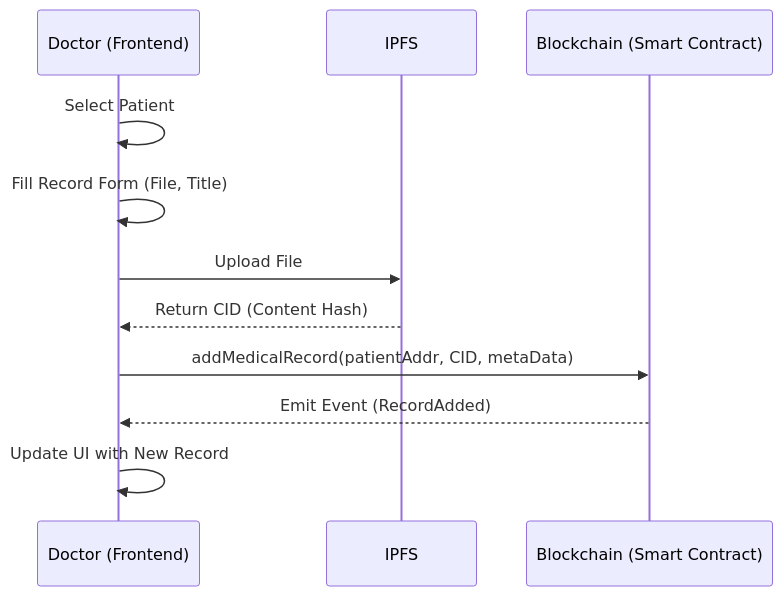
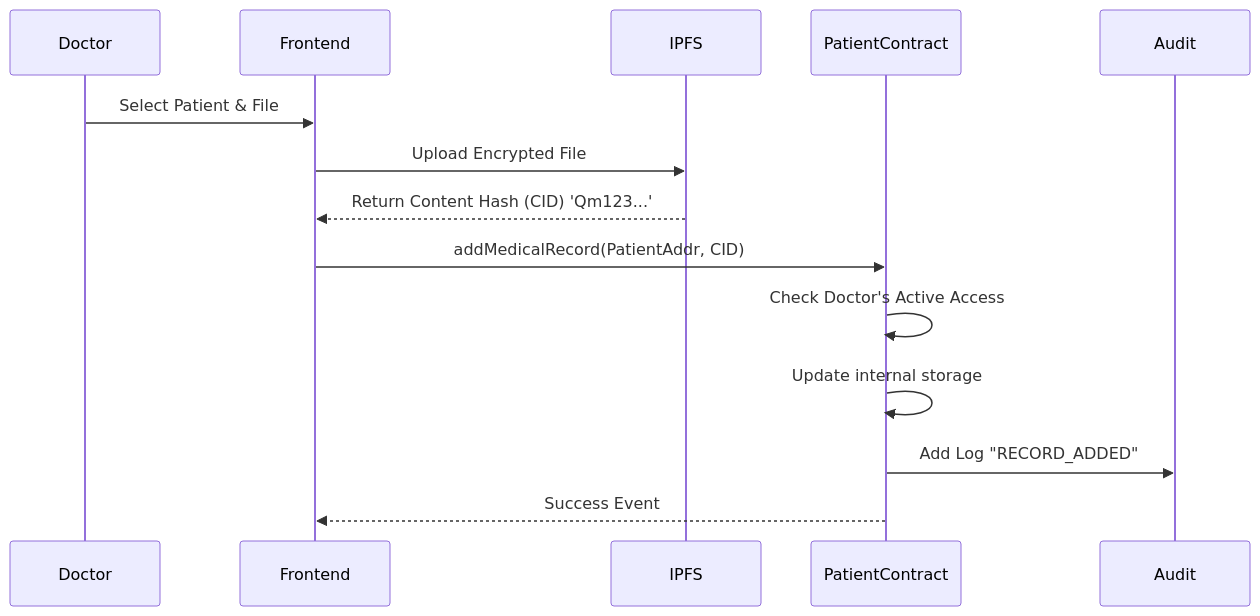
Before and after one commit to vaibhav-rm/MedBlock: the third of 4 diagrams in SYSTEM_DESIGN.md, drawn with Mermaid. The commit also changed other lines of this file and 115 other files, not shown here.

````diff
--- a/SYSTEM_DESIGN.md
+++ b/SYSTEM_DESIGN.md
@@ -78,14 +115,17 @@
 ```mermaid
 sequenceDiagram
-    participant Doc as Doctor (Frontend)
+    participant Doctor
+    participant UI as Frontend
     participant IPFS
-    participant BC as Blockchain (Smart Contract)
-    
-    Doc->>Doc: Select Patient
-    Doc->>Doc: Fill Record Form (File, Title)
-    Doc->>IPFS: Upload File
-    IPFS-->>Doc: Return CID (Content Hash)
-    Doc->>BC: addMedicalRecord(patientAddr, CID, metaData)
-    BC-->>Doc: Emit Event (RecordAdded)
-    Doc->>Doc: Update UI with New Record
+    participant PM as PatientContract
+    participant Audit
+
+    Doctor->>UI: Select Patient & File
+    UI->>IPFS: Upload Encrypted File
+    IPFS-->>UI: Return Content Hash (CID) 'Qm123...'
+    UI->>PM: addMedicalRecord(PatientAddr, CID)
+    PM->>PM: Check Doctor's Active Access
+    PM->>PM: Update internal storage
+    PM->>Audit: Add Log "RECORD_ADDED"
+    PM-->>UI: Success Event
 ```
````
